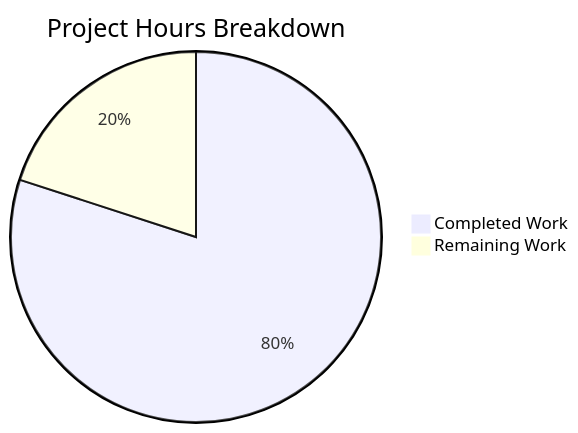
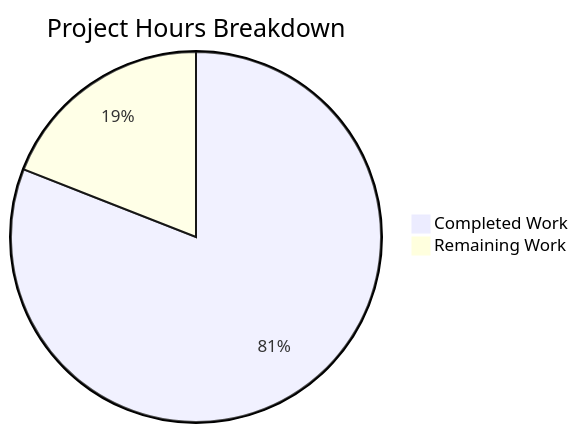
Before and after one commit to Blitzy-Sandbox/blitzy-vibe: the second of 4 diagrams in blitzy/documentation/Project Guide.md, drawn with Mermaid. The commit also changed other lines of this file, not shown here.

Commit message:
Adding Blitzy Project Guide: Project Status and Human Tasks Remaining

````diff
--- a/blitzy/documentation/Project Guide.md
+++ b/blitzy/documentation/Project Guide.md
@@ -154,5 +193,5 @@
 ```mermaid
 pie title Project Hours Breakdown
-    "Completed Work" : 32
-    "Remaining Work" : 8
+    "Completed Work" : 85
+    "Remaining Work" : 20
 ```
````
